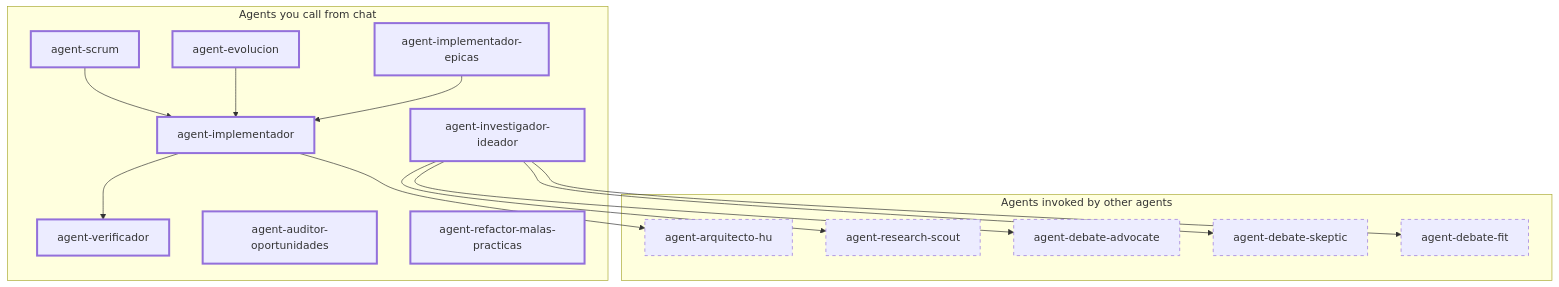
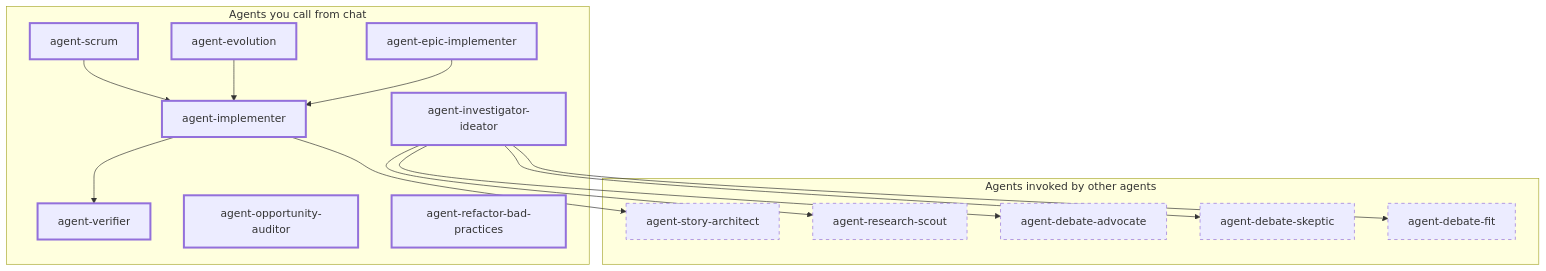
The diagram in docs/primera-linea.md (dguzmano96/scrum-dev-agents), drawn with Mermaid before and after one commit. The commit also changed other lines of this file and 56 other files, not shown here.

````diff
--- a/docs/primera-linea.md
+++ b/docs/primera-linea.md
@@ -11,46 +11,46 @@
 ```mermaid
 flowchart TB
     subgraph primera_linea["Agents you call from chat"]
         scrum["agent-scrum"]
-        evolucion["agent-evolucion"]
-        ideador["agent-investigador-ideador"]
-        impl["agent-implementador"]
-        impl_epi["agent-implementador-epicas"]
-        verif["agent-verificador"]
-        auditor["agent-auditor-oportunidades"]
-        refactor["agent-refactor-malas-practicas"]
+        evolution["agent-evolution"]
+        investigator["agent-investigator-ideator"]
+        impl["agent-implementer"]
+        impl_epi["agent-epic-implementer"]
+        verif["agent-verifier"]
+        auditor["agent-opportunity-auditor"]
+        refactor["agent-refactor-bad-practices"]
     end
 
     subgraph internos["Agents invoked by other agents"]
-        arq["agent-arquitecto-hu"]
+        arq["agent-story-architect"]
         scout["agent-research-scout"]
         adv["agent-debate-advocate"]
         skep["agent-debate-skeptic"]
         fit["agent-debate-fit"]
     end
 
     scrum --> impl
-    evolucion --> impl
-    ideador --> scout
-    ideador --> adv
-    ideador --> skep
-    ideador --> fit
+    evolution --> impl
+    investigator --> scout
+    investigator --> adv
+    investigator --> skep
+    investigator --> fit
     impl_epi --> impl
     impl --> arq
     impl --> verif
 
     style scrum stroke-width:3px
-    style evolucion stroke-width:3px
-    style ideador stroke-width:3px
+    style evolution stroke-width:3px
+    style investigator stroke-width:3px
     style impl stroke-width:3px
     style impl_epi stroke-width:3px
     style verif stroke-width:3px
     style auditor stroke-width:3px
     style refactor stroke-width:3px
 
     style arq stroke-dasharray: 5 5
     style scout stroke-dasharray: 5 5
     style adv stroke-dasharray: 5 5
     style skep stroke-dasharray: 5 5
     style fit stroke-dasharray: 5 5
 ```
````
